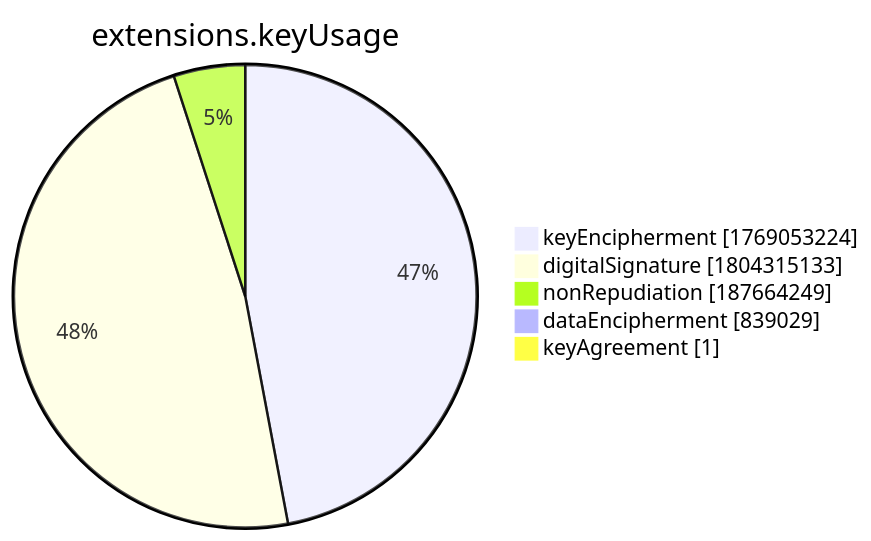
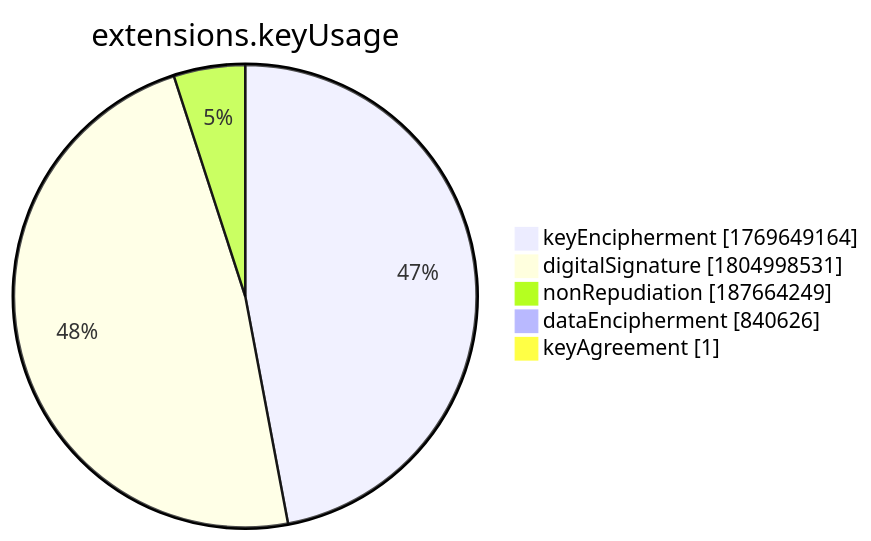
The seventh of 15 diagrams in xenon2022/README.md (christiankrug/ctmonitor_visualization), drawn with Mermaid before and after one commit. The commit also changed other lines of this file, not shown here.

````diff
--- a/xenon2022/README.md
+++ b/xenon2022/README.md
@@ -2859,9 +2859,9 @@
 ```mermaid
 pie showData
 title extensions.keyUsage
-"keyEncipherment" :1769053224
-"digitalSignature" :1804315133
+"keyEncipherment" :1769649164
+"digitalSignature" :1804998531
 "nonRepudiation" :187664249
-"dataEncipherment" :839029
+"dataEncipherment" :840626
 "keyAgreement" :1
 ```
````
